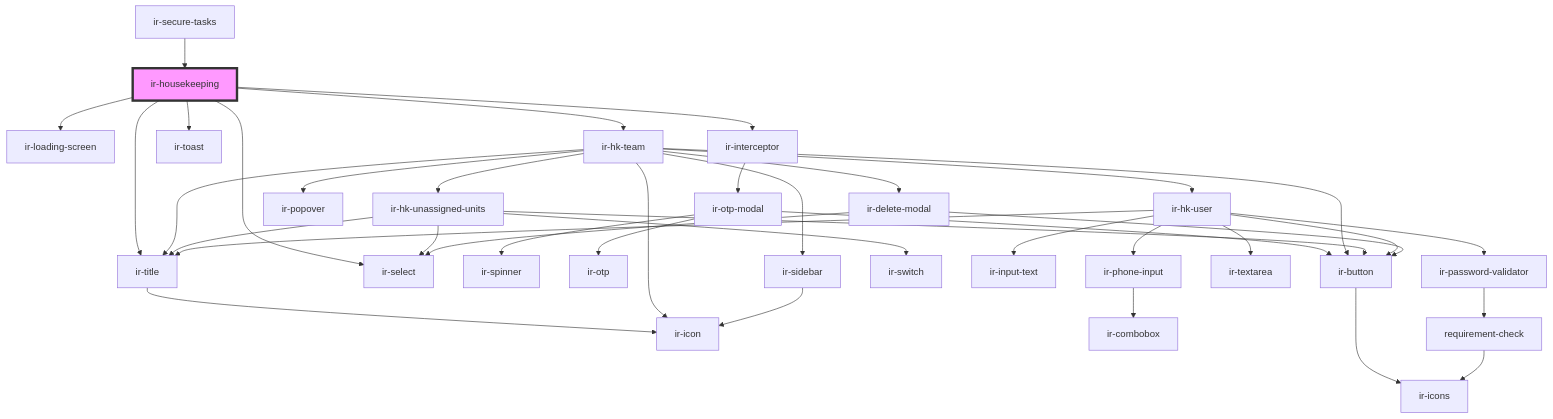
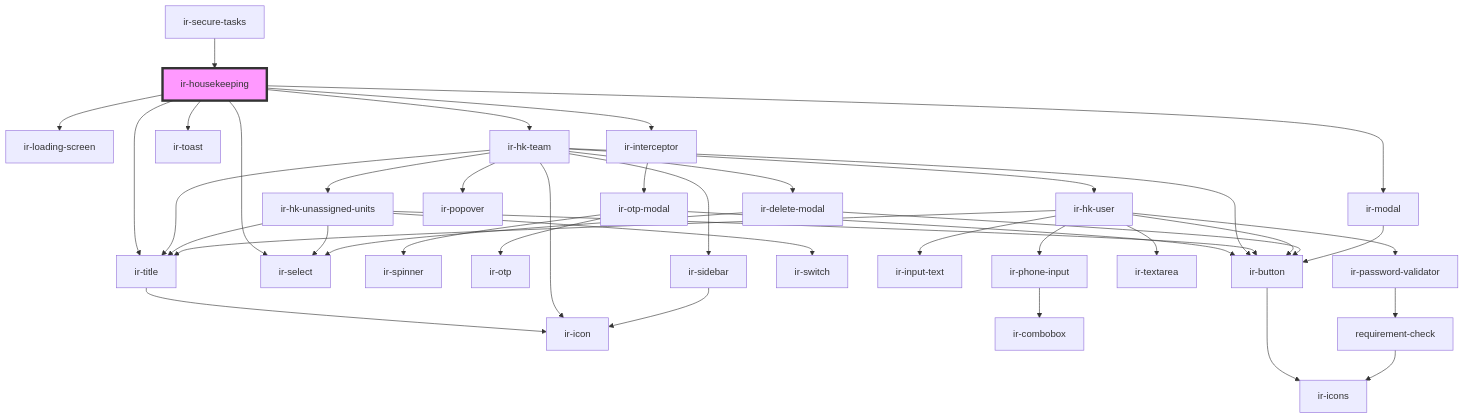
One commit to David1Chowaifaty/modified-ir-webcmp changed the diagram in src/components/ir-housekeeping/readme.md. Above: the diagram before and after it, drawn with Mermaid. The commit also changed other lines of this file and 58 other files, not shown here.

````diff
--- a/src/components/ir-housekeeping/readme.md
+++ b/src/components/ir-housekeeping/readme.md
@@ -42,41 +43,43 @@
 ```mermaid
 graph TD;
   ir-housekeeping --> ir-loading-screen
   ir-housekeeping --> ir-interceptor
   ir-housekeeping --> ir-toast
   ir-housekeeping --> ir-title
   ir-housekeeping --> ir-select
   ir-housekeeping --> ir-hk-team
+  ir-housekeeping --> ir-modal
   ir-interceptor --> ir-otp-modal
   ir-otp-modal --> ir-spinner
   ir-otp-modal --> ir-otp
   ir-otp-modal --> ir-button
   ir-button --> ir-icons
   ir-title --> ir-icon
   ir-hk-team --> ir-hk-unassigned-units
   ir-hk-team --> ir-hk-user
   ir-hk-team --> ir-title
   ir-hk-team --> ir-icon
   ir-hk-team --> ir-popover
   ir-hk-team --> ir-button
   ir-hk-team --> ir-sidebar
   ir-hk-team --> ir-delete-modal
   ir-hk-unassigned-units --> ir-select
   ir-hk-unassigned-units --> ir-switch
   ir-hk-unassigned-units --> ir-title
   ir-hk-unassigned-units --> ir-button
   ir-hk-user --> ir-title
   ir-hk-user --> ir-input-text
   ir-hk-user --> ir-phone-input
   ir-hk-user --> ir-textarea
   ir-hk-user --> ir-password-validator
   ir-hk-user --> ir-button
   ir-phone-input --> ir-combobox
   ir-password-validator --> requirement-check
   requirement-check --> ir-icons
   ir-sidebar --> ir-icon
   ir-delete-modal --> ir-button
   ir-delete-modal --> ir-select
+  ir-modal --> ir-button
   ir-secure-tasks --> ir-housekeeping
   style ir-housekeeping fill:#f9f,stroke:#333,stroke-width:4px
 ```
````
